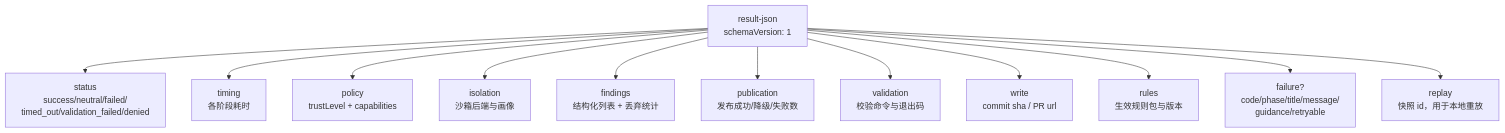
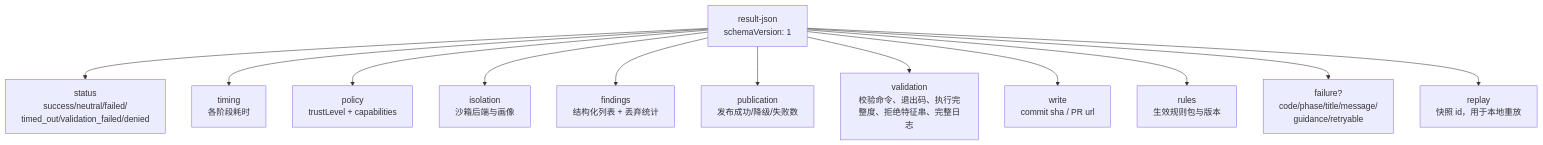
Before and after one commit to chaojixinren/dsh-reviewer-bot: the second of 4 diagrams in docs/07-data-contracts.md, drawn with Mermaid. The commit also changed other lines of this file and 7 other files, not shown here.

````diff
--- a/docs/07-data-contracts.md
+++ b/docs/07-data-contracts.md
@@ -90,14 +90,14 @@
 ```mermaid
 flowchart TB
     RJ["result-json<br/>schemaVersion: 1"] --> S1["status<br/>success/neutral/failed/<br/>timed_out/validation_failed/denied"]
     RJ --> S2["timing<br/>各阶段耗时"]
     RJ --> S3["policy<br/>trustLevel + capabilities"]
     RJ --> S4["isolation<br/>沙箱后端与画像"]
     RJ --> S5["findings<br/>结构化列表 + 丢弃统计"]
     RJ --> S6["publication<br/>发布成功/降级/失败数"]
-    RJ --> S7["validation<br/>校验命令与退出码"]
+    RJ --> S7["validation<br/>校验命令、退出码、执行完整度、拒绝特征串、完整日志"]
     RJ --> S8["write<br/>commit sha / PR url"]
     RJ --> S9["rules<br/>生效规则包与版本"]
     RJ --> S10["failure?<br/>code/phase/title/message/<br/>guidance/retryable"]
     RJ --> S11["replay<br/>快照 id，用于本地重放"]
 ```
````
